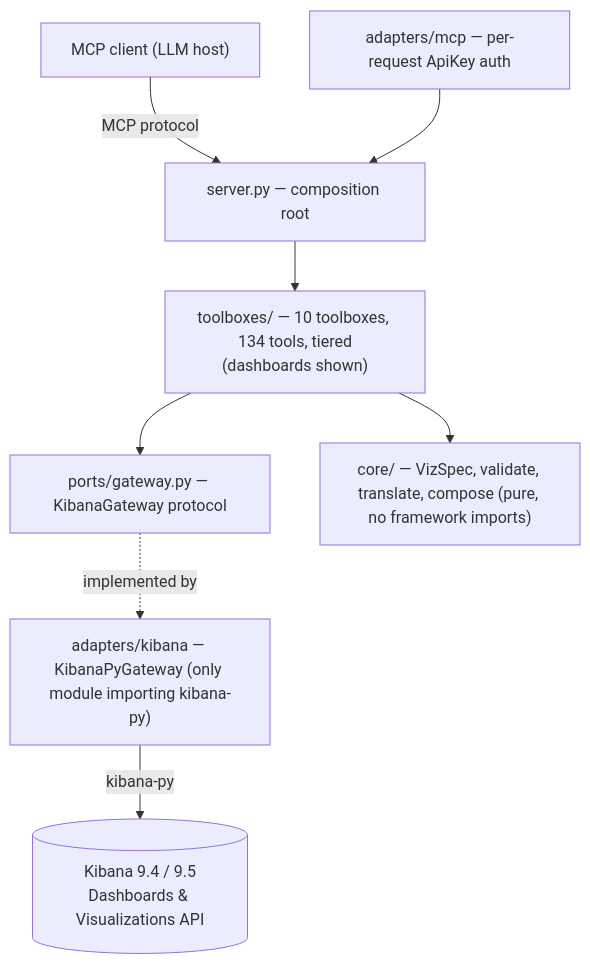
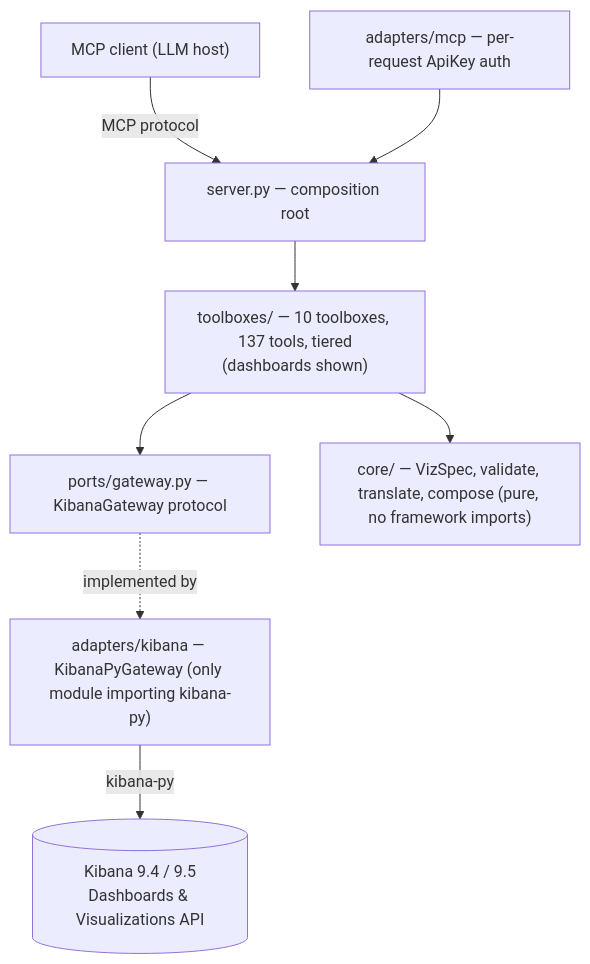
Before and after one commit to pedro-angel/mcp-for-kibana: the second of 4 diagrams in docs/architecture.md, drawn with Mermaid. The commit also changed other lines of this file and 28 other files, not shown here.

````diff
--- a/docs/architecture.md
+++ b/docs/architecture.md
@@ -47,10 +47,10 @@
 ```mermaid
 flowchart TD
     Client["MCP client (LLM host)"] -->|MCP protocol| Server
     AuthAdapter["adapters/mcp — per-request ApiKey auth"] --> Server
-    Server["server.py — composition root"] --> Toolboxes["toolboxes/ — 10 toolboxes, 134 tools, tiered<br/>(dashboards shown)"]
+    Server["server.py — composition root"] --> Toolboxes["toolboxes/ — 10 toolboxes, 137 tools, tiered<br/>(dashboards shown)"]
     Toolboxes --> Ports["ports/gateway.py — KibanaGateway protocol"]
     Toolboxes --> Core["core/ — VizSpec, validate, translate, compose (pure, no framework imports)"]
     Ports -. implemented by .-> KibanaAdapter["adapters/kibana — KibanaPyGateway (only module importing kibana-py)"]
     KibanaAdapter -->|kibana-py| Kibana[("Kibana 9.4 / 9.5\nDashboards & Visualizations API")]
 ```
````
